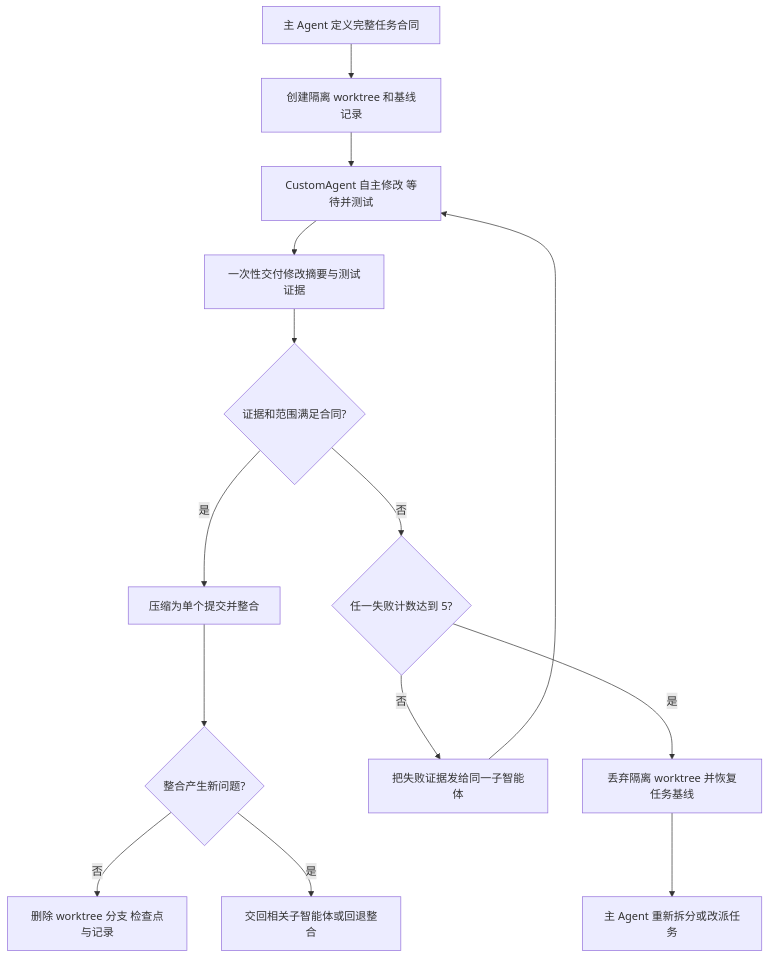
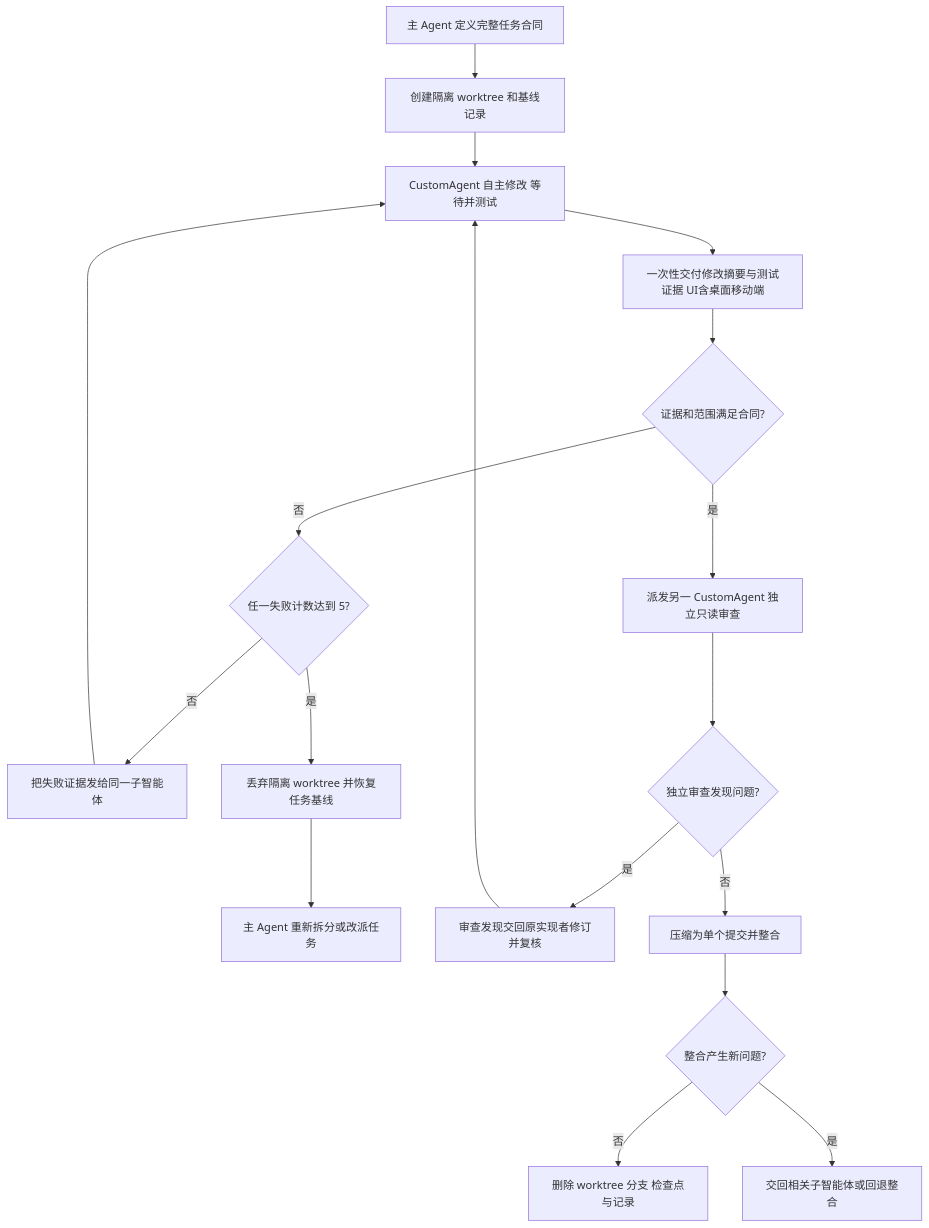
Before and after one commit to mumuhaha487/codex-agent-models: the diagram in references/worktree-workflow.md, drawn with Mermaid. The commit also changed other lines of this file and 13 other files, not shown here.

Commit message:
Apply CustomAgent task skill-none-effort

````diff
--- a/references/worktree-workflow.md
+++ b/references/worktree-workflow.md
@@ -5,16 +5,20 @@
 ```mermaid
 flowchart TD
     A[主 Agent 定义完整任务合同] --> B[创建隔离 worktree 和基线记录]
     B --> C[CustomAgent 自主修改 等待并测试]
-    C --> D[一次性交付修改摘要与测试证据]
+    C --> D[一次性交付修改摘要与测试证据 UI含桌面移动端]
     D --> E{证据和范围满足合同?}
-    E -- 是 --> F[压缩为单个提交并整合]
-    F --> G{整合产生新问题?}
-    G -- 否 --> H[删除 worktree 分支 检查点与记录]
-    G -- 是 --> I[交回相关子智能体或回退整合]
-    E -- 否 --> J{任一失败计数达到 5?}
-    J -- 否 --> K[把失败证据发给同一子智能体]
-    K --> C
-    J -- 是 --> L[丢弃隔离 worktree 并恢复任务基线]
-    L --> M[主 Agent 重新拆分或改派任务]
+    E -- 否 --> F{任一失败计数达到 5?}
+    F -- 否 --> G[把失败证据发给同一子智能体]
+    G --> C
+    F -- 是 --> H[丢弃隔离 worktree 并恢复任务基线]
+    H --> I[主 Agent 重新拆分或改派任务]
+    E -- 是 --> J[派发另一 CustomAgent 独立只读审查]
+    J --> K{独立审查发现问题?}
+    K -- 是 --> L[审查发现交回原实现者修订并复核]
+    L --> C
+    K -- 否 --> M[压缩为单个提交并整合]
+    M --> N{整合产生新问题?}
+    N -- 否 --> O[删除 worktree 分支 检查点与记录]
+    N -- 是 --> P[交回相关子智能体或回退整合]
 ```
````
